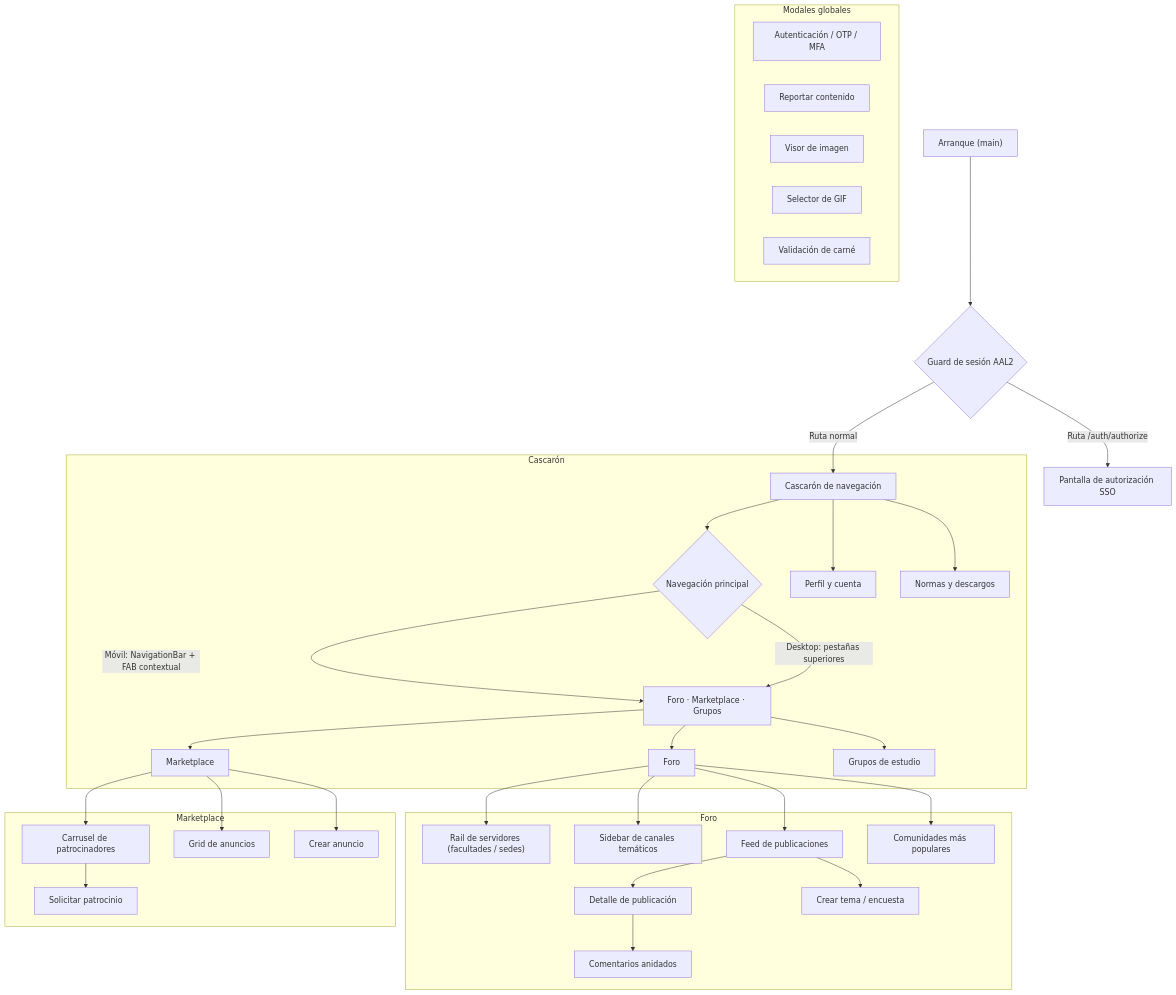
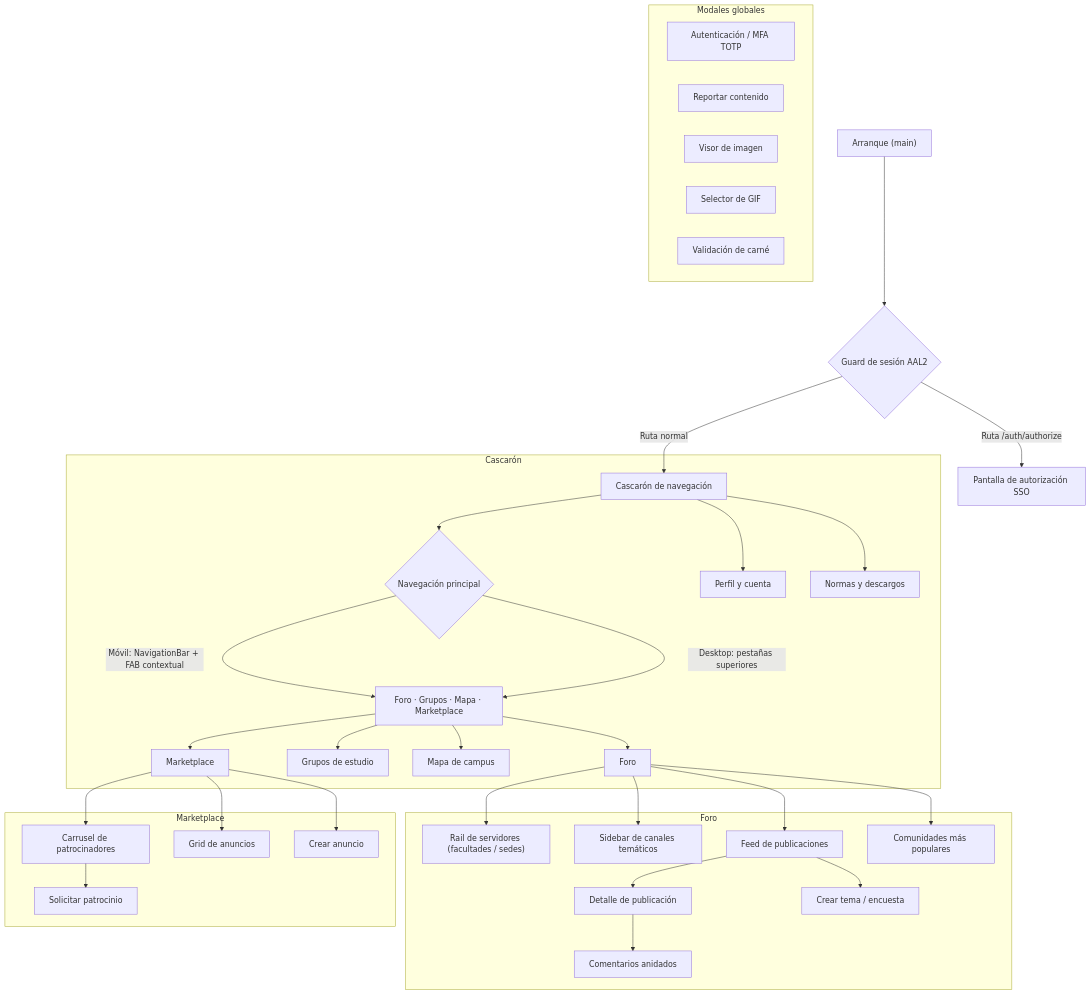
One commit to Trebol4Devop/Comunidad_USAC changed the diagram in docs/ux/02-navegacion.md. Above: the diagram before and after it, drawn with Mermaid. The commit also changed other lines of this file and 3 other files, not shown here.

````diff
--- a/docs/ux/02-navegacion.md
+++ b/docs/ux/02-navegacion.md
@@ -13,42 +13,43 @@
 ```mermaid
 flowchart TD
     Init["Arranque (main)"] --> Guard{"Guard de sesión AAL2"}
     Guard -->|"Ruta /auth/authorize"| SSO["Pantalla de autorización SSO"]
     Guard -->|"Ruta normal"| Shell["Cascarón de navegación"]
 
     subgraph Shell_Area ["Cascarón"]
         Shell --> NavPrincipal{"Navegación principal"}
         NavPrincipal -->|"Móvil: NavigationBar + FAB contextual"| Tabs
         NavPrincipal -->|"Desktop: pestañas superiores"| Tabs
-        Tabs["Foro · Marketplace · Grupos"] --> ForoScreen["Foro"]
+        Tabs["Foro · Grupos · Mapa · Marketplace"] --> ForoScreen["Foro"]
+        Tabs --> GruposScreen["Grupos de estudio"]
+        Tabs --> MapScreen["Mapa de campus"]
         Tabs --> MarketScreen["Marketplace"]
-        Tabs --> GruposScreen["Grupos de estudio"]
         Shell --> Perfil["Perfil y cuenta"]
         Shell --> Reglas["Normas y descargos"]
     end
 
     subgraph Foro_Sub ["Foro"]
         ForoScreen --> Rail["Rail de servidores (facultades / sedes)"]
         ForoScreen --> Canales["Sidebar de canales temáticos"]
         ForoScreen --> Feed["Feed de publicaciones"]
         ForoScreen --> Populares["Comunidades más populares"]
         Feed --> PostDetail["Detalle de publicación"]
         Feed --> CrearPost["Crear tema / encuesta"]
         PostDetail --> Comentarios["Comentarios anidados"]
     end
 
     subgraph Market_Sub ["Marketplace"]
         MarketScreen --> Patrocinios["Carrusel de patrocinadores"]
         MarketScreen --> Grid["Grid de anuncios"]
         MarketScreen --> CrearAnuncio["Crear anuncio"]
         Patrocinios --> SolicitudPatrocinio["Solicitar patrocinio"]
     end
 
     subgraph Global_Modals ["Modales globales"]
-        Auth["Autenticación / OTP / MFA"]
+        Auth["Autenticación / MFA TOTP"]
         Reporte["Reportar contenido"]
         VisorImg["Visor de imagen"]
         GIF["Selector de GIF"]
         Carne["Validación de carné"]
     end
 ```
````
